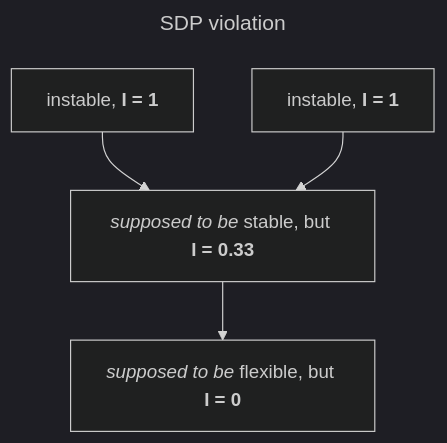
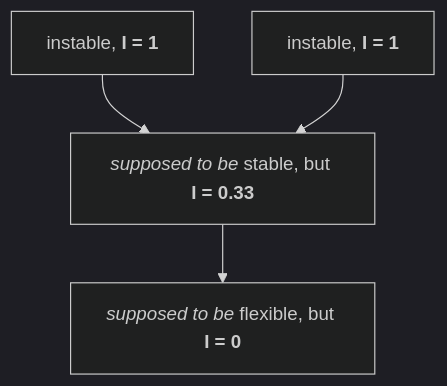
One commit to aleksandr-kiliushin/learning changed the sixth of 6 diagrams in summaries/clean-architecture/index.md. Above: the diagram before and after it, drawn with Mermaid (dark theme). The commit also changed other lines of this file, not shown here.

Commit message:
clean architecture: Edit CHAPTER 16: Remove titles from mermaid charts

````diff
--- a/summaries/clean-architecture/index.md
+++ b/summaries/clean-architecture/index.md
@@ -875,14 +863,11 @@
 ```mermaid
----
-title: SDP violation
----
 graph TD
   ComponentA[instable, <b>I = 1</b>]
   ComponentB[instable, <b>I = 1</b>]
   ComponentC[<i>supposed to be</i> stable, but <b>I = 0.33</b>]
   ComponentD[<i>supposed to be</i> flexible, but <b>I = 0</b>]
 
   ComponentA-->ComponentC
   ComponentB-->ComponentC
   ComponentC-->ComponentD
 ```
````
